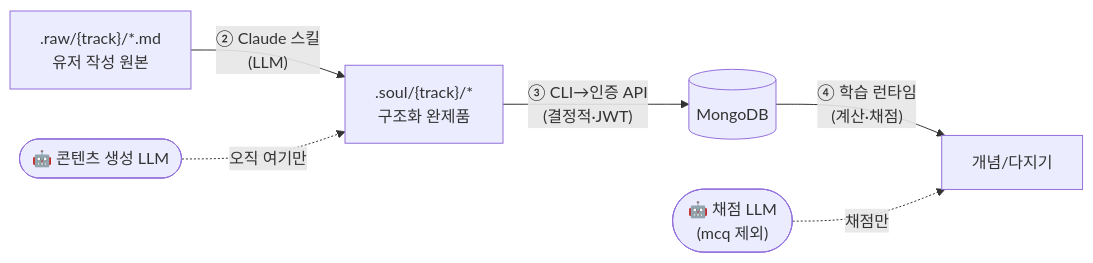
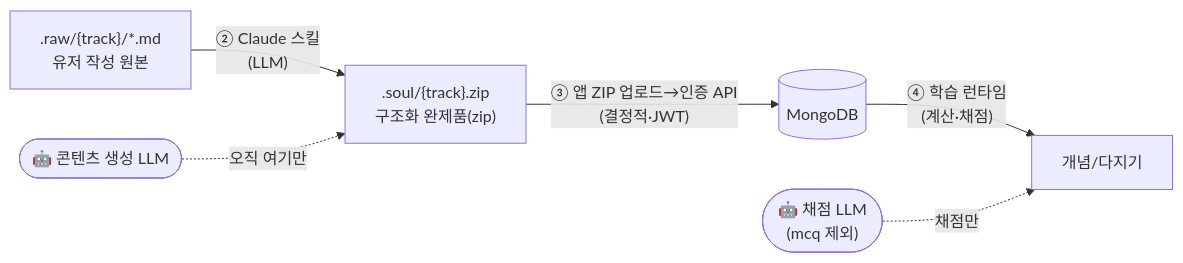
Before and after one commit to genie49/study-anything: the diagram in docs/data-pipeline.md, drawn with Mermaid. The commit also changed other lines of this file and 9 other files, not shown here.

First line of the commit message:
feat(web): ZIP 업로드 트랙 추가 흐름 + 스킬 zip 패킹

````diff
--- a/docs/data-pipeline.md
+++ b/docs/data-pipeline.md
@@ -23,8 +23,8 @@
 ```mermaid
 flowchart LR
-  RAW[".raw/{track}/*.md<br/>유저 작성 원본"] -->|"② Claude 스킬<br/>(LLM)"| SOUL[".soul/{track}/*<br/>구조화 완제품"]
-  SOUL -->|"③ CLI→인증 API<br/>(결정적·JWT)"| DB[("MongoDB")]
+  RAW[".raw/{track}/*.md<br/>유저 작성 원본"] -->|"② Claude 스킬<br/>(LLM)"| SOUL[".soul/{track}.zip<br/>구조화 완제품(zip)"]
+  SOUL -->|"③ 앱 ZIP 업로드→인증 API<br/>(결정적·JWT)"| DB[("MongoDB")]
   DB -->|"④ 학습 런타임<br/>(계산·채점)"| APP["개념/다지기"]
   GEN(["🤖 콘텐츠 생성 LLM"]) -.오직 여기만.-> SOUL
   JUDGE(["🤖 채점 LLM<br/>(mcq 제외)"]) -.채점만.-> APP
 ```
````
